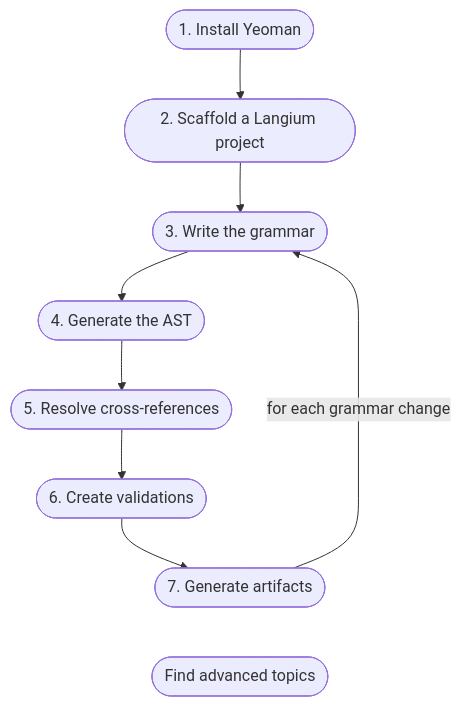
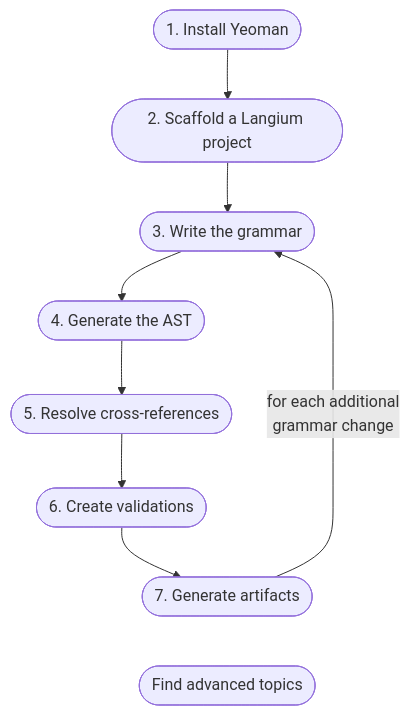
Before and after one commit to eclipse-langium/langium-website: the diagram in hugo/content/docs/learn/workflow/_index.md, drawn with Mermaid.

Commit message:
Add "additional"

```diff
--- a/hugo/content/docs/learn/workflow/_index.md
+++ b/hugo/content/docs/learn/workflow/_index.md
@@ -10,22 +10,22 @@
 {{<mermaid>}}
 flowchart TD
   A(["1. Install Yeoman"]);
   B(["2. Scaffold a Langium project"]);
   C(["3. Write the grammar"]);
   D(["4. Generate the AST"]);
   E(["5. Resolve cross-references"]);
   F(["6. Create validations"]);
   G(["7. Generate artifacts"]);
   H(["Find advanced topics"]);
   A --> B --> C --> D --> E --> F --> G ~~~ H;
-  G -- for each grammar change --> C;
+  G -- for each additional\ngrammar change --> C;
 
   click A "/docs/learn/workflow/install"
   click B "/docs/learn/workflow/scaffold"
   click C "/docs/learn/workflow/write_grammar"
   click D "/docs/learn/workflow/generate_ast"
   click E "/docs/learn/workflow/resolve_cross_references"
   click F "/docs/learn/workflow/create_validations"
   click G "/docs/learn/workflow/generate_everything"
   click H "/docs/recipes"
 {{</mermaid>}}
```
